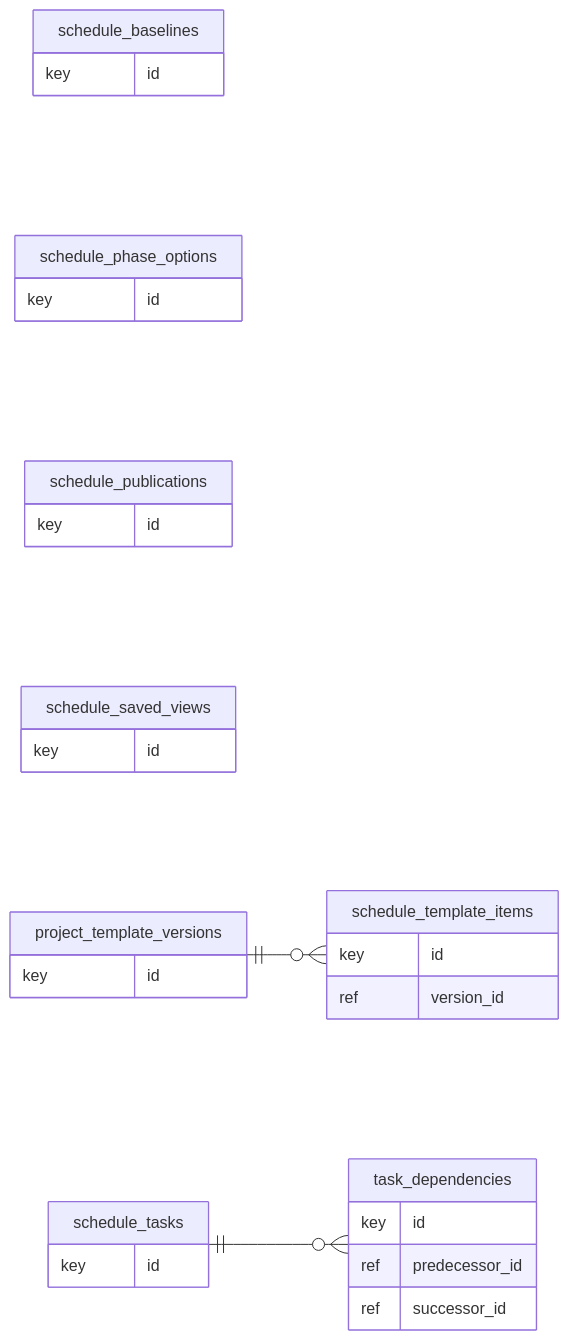
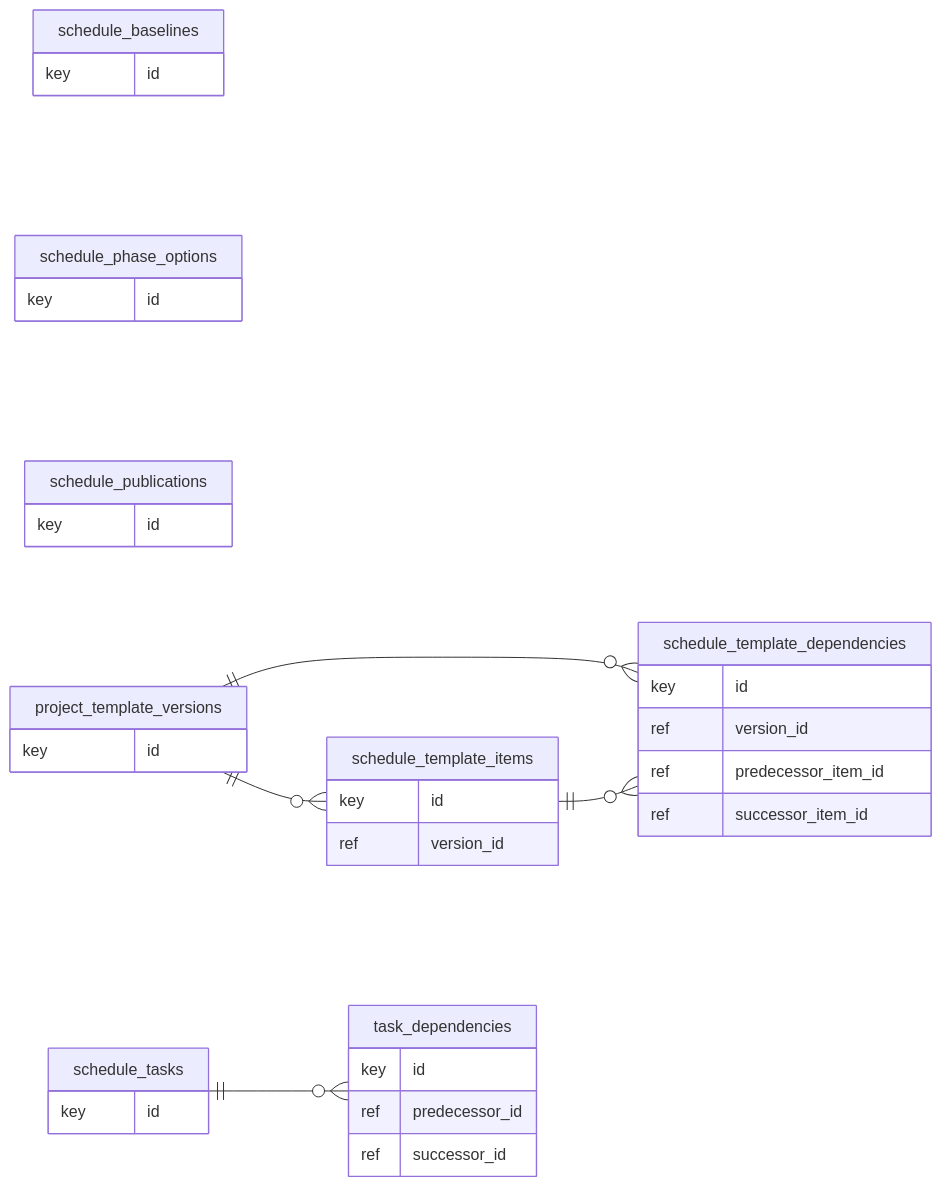
The diagram in docs/manual/diagrams/er-schedule-3.mmd (High-Performance-Structures/compass), drawn with Mermaid before and after one commit. The commit also changed 27 other files, not shown here.

First line of the commit message:
docs(manual): cover payments, multi-assignee schedule, saved views, status lists and record tables (#1096)

```diff
--- a/docs/manual/diagrams/er-schedule-3.mmd
+++ b/docs/manual/diagrams/er-schedule-3.mmd
@@ -1,31 +1,36 @@
 erDiagram
   direction LR
+  schedule_template_dependencies {
+    key id
+    ref version_id
+    ref predecessor_item_id
+    ref successor_item_id
+  }
   schedule_template_items {
     key id
     ref version_id
   }
   task_dependencies {
     key id
     ref predecessor_id
     ref successor_id
   }
   schedule_baselines {
     key id
   }
   schedule_phase_options {
     key id
   }
   schedule_publications {
     key id
   }
-  schedule_saved_views {
-    key id
-  }
   project_template_versions {
     key id
   }
   schedule_tasks {
     key id
   }
+  project_template_versions ||--o{ schedule_template_dependencies : ""
   project_template_versions ||--o{ schedule_template_items : ""
   schedule_tasks ||--o{ task_dependencies : ""
+  schedule_template_items ||--o{ schedule_template_dependencies : ""
```
